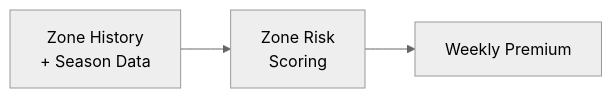
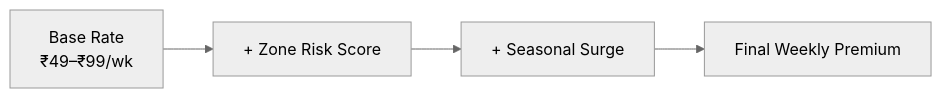
Before and after one commit to camadhu06/AI-Powered-Insurance-for-India-s-Gig-Economy: the second of 4 diagrams in README.md, drawn with Mermaid (neutral theme). The commit also changed other lines of this file, not shown here.

````diff
--- a/README.md
+++ b/README.md
@@ -118,5 +77,6 @@
 ```mermaid
 flowchart LR
-    A[Zone History\n+ Season Data] --> M1[Zone Risk\nScoring]
-    M1 --> P[Weekly Premium]
+    A[Base Rate\n₹49–₹99/wk] --> B[+ Zone Risk Score]
+    B --> C[+ Seasonal Surge]
+    C --> D[Final Weekly Premium]
 ```
````
